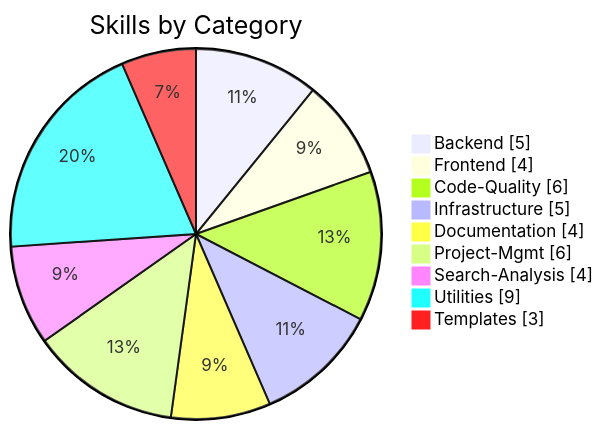
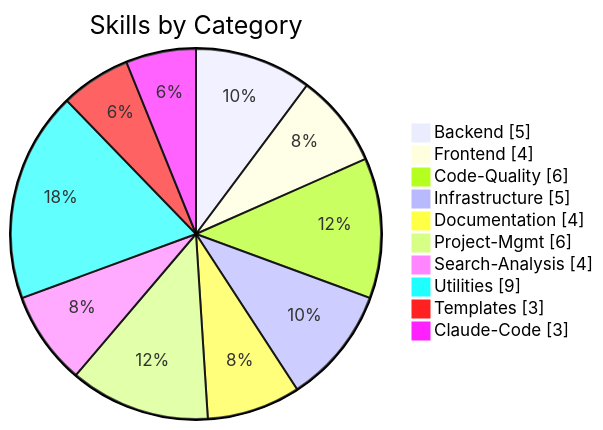
Before and after one commit to supercent-io/skills-template: the second of 2 diagrams in README.md, drawn with Mermaid. The commit also changed other lines of this file and 10 other files, not shown here.

First line of the commit message:
feat(skills): add Claude Code 완전정복 skills based on 70 tips

````diff
--- a/README.md
+++ b/README.md
@@ -246,13 +201,14 @@
 ```mermaid
 pie showData
     title Skills by Category
     "Backend" : 5
     "Frontend" : 4
     "Code-Quality" : 6
     "Infrastructure" : 5
     "Documentation" : 4
     "Project-Mgmt" : 6
     "Search-Analysis" : 4
     "Utilities" : 9
     "Templates" : 3
+    "Claude-Code" : 3
 ```
````
